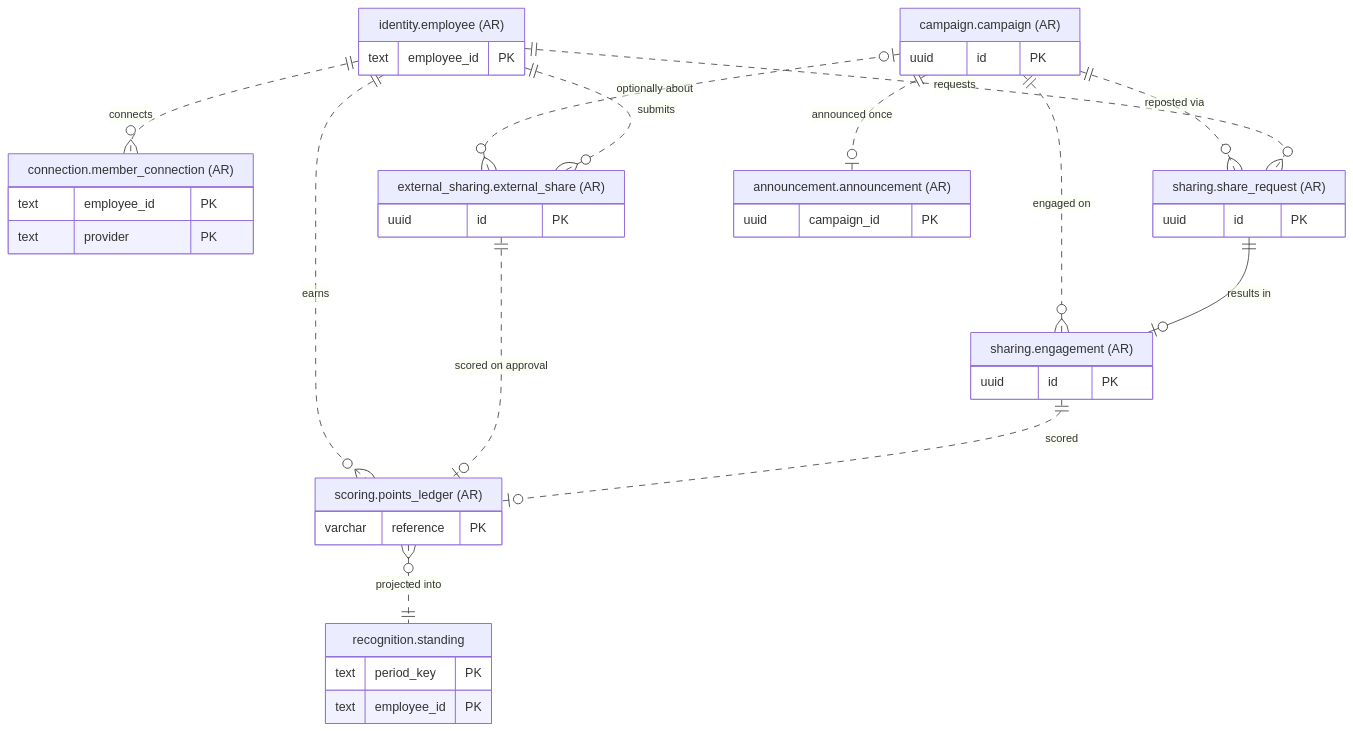
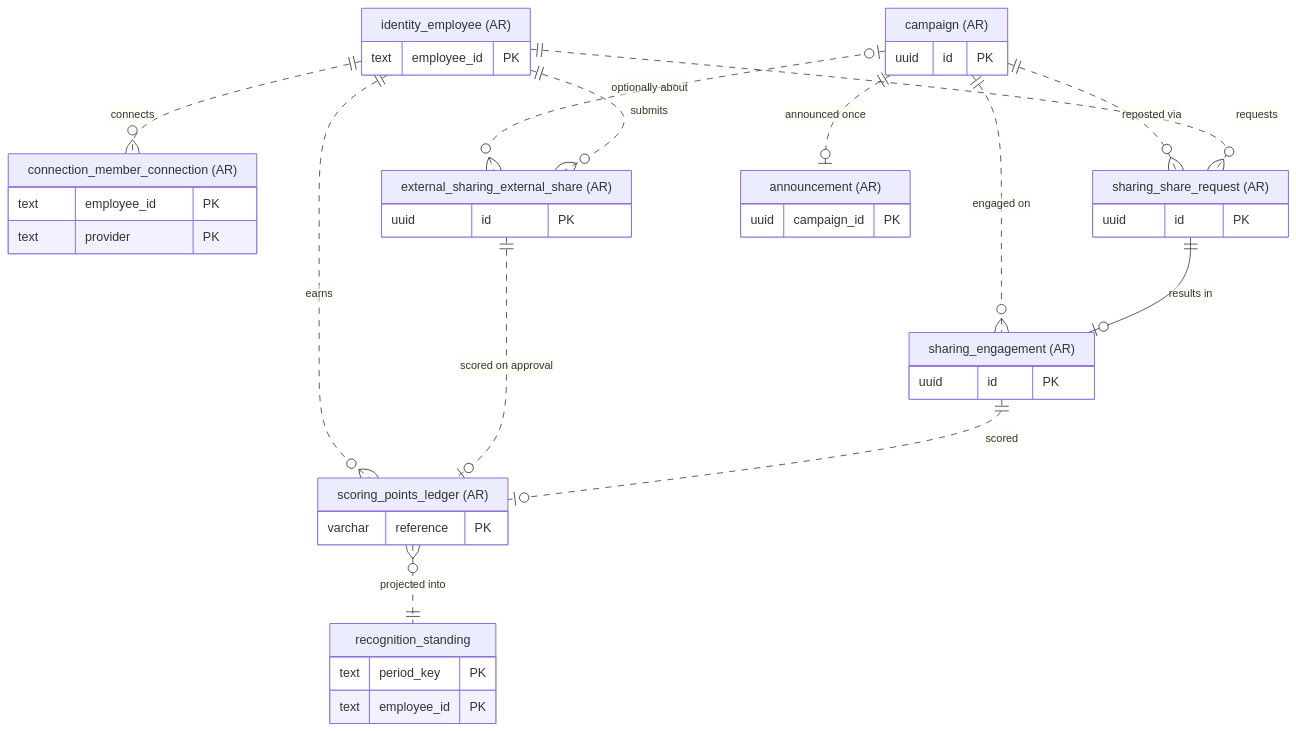
Before and after one commit to BechtelCanDoIt/marketing-tools: the first of 10 diagrams in apps/amplify/amplify-database/README.md, drawn with Mermaid. The commit also changed other lines of this file and 170 other files, not shown here.

````diff
--- a/apps/amplify/amplify-database/README.md
+++ b/apps/amplify/amplify-database/README.md
@@ -66,45 +66,45 @@
 ```mermaid
 erDiagram
-    EMPLOYEE["identity.employee (AR)"] {
+    EMPLOYEE["identity_employee (AR)"] {
         text employee_id PK
     }
-    CAMPAIGN["campaign.campaign (AR)"] {
+    CAMPAIGN["campaign (AR)"] {
         uuid id PK
     }
-    MEMBER_CONNECTION["connection.member_connection (AR)"] {
+    MEMBER_CONNECTION["connection_member_connection (AR)"] {
         text employee_id PK
         text provider PK
     }
-    SHARE_REQUEST["sharing.share_request (AR)"] {
+    SHARE_REQUEST["sharing_share_request (AR)"] {
         uuid id PK
     }
-    ENGAGEMENT["sharing.engagement (AR)"] {
+    ENGAGEMENT["sharing_engagement (AR)"] {
         uuid id PK
     }
-    EXTERNAL_SHARE["external_sharing.external_share (AR)"] {
+    EXTERNAL_SHARE["external_sharing_external_share (AR)"] {
         uuid id PK
     }
-    LEDGER["scoring.points_ledger (AR)"] {
+    LEDGER["scoring_points_ledger (AR)"] {
         varchar reference PK
     }
-    STANDING["recognition.standing"] {
+    STANDING["recognition_standing"] {
         text period_key PK
         text employee_id PK
     }
-    ANNOUNCEMENT["announcement.announcement (AR)"] {
+    ANNOUNCEMENT["announcement (AR)"] {
         uuid campaign_id PK
     }
 
     EMPLOYEE ||..o{ MEMBER_CONNECTION : "connects"
     EMPLOYEE ||..o{ SHARE_REQUEST : "requests"
     CAMPAIGN ||..o{ SHARE_REQUEST : "reposted via"
     SHARE_REQUEST ||--o| ENGAGEMENT : "results in"
     CAMPAIGN ||..o{ ENGAGEMENT : "engaged on"
     EMPLOYEE ||..o{ EXTERNAL_SHARE : "submits"
     CAMPAIGN |o..o{ EXTERNAL_SHARE : "optionally about"
     ENGAGEMENT ||..o| LEDGER : "scored"
     EXTERNAL_SHARE ||..o| LEDGER : "scored on approval"
     EMPLOYEE ||..o{ LEDGER : "earns"
     LEDGER }o..|| STANDING : "projected into"
     CAMPAIGN ||..o| ANNOUNCEMENT : "announced once"
 ```
````
